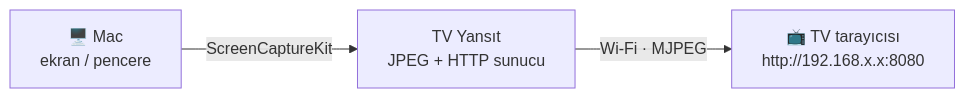
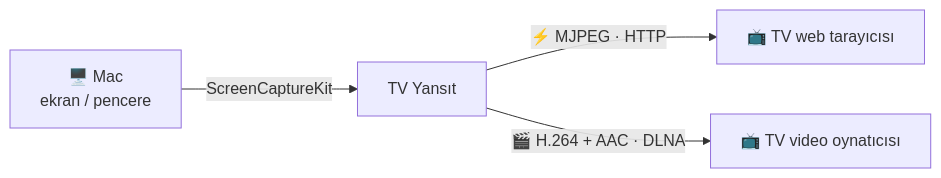
The diagram in README.md (mstkyvz/tv-yansit), drawn with Mermaid before and after one commit. The commit also changed other lines of this file, not shown here.

````diff
--- a/README.md
+++ b/README.md
@@ -27,5 +34,6 @@
 ```mermaid
 flowchart LR
-    A["🖥️ Mac<br/>ekran / pencere"] -->|ScreenCaptureKit| B["TV Yansıt<br/>JPEG + HTTP sunucu"]
-    B -->|"Wi‑Fi · MJPEG"| C["📺 TV tarayıcısı<br/>http://192.168.x.x:8080"]
+    A["🖥️ Mac<br/>ekran / pencere"] -->|ScreenCaptureKit| B["TV Yansıt"]
+    B -->|"⚡ MJPEG · HTTP"| C["📺 TV web tarayıcısı"]
+    B -->|"🎬 H.264 + AAC · DLNA"| D["📺 TV video oynatıcısı"]
 ```
````
